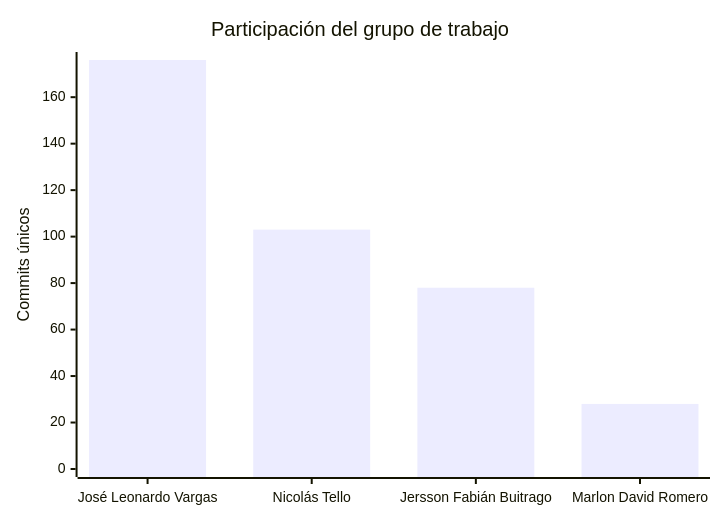
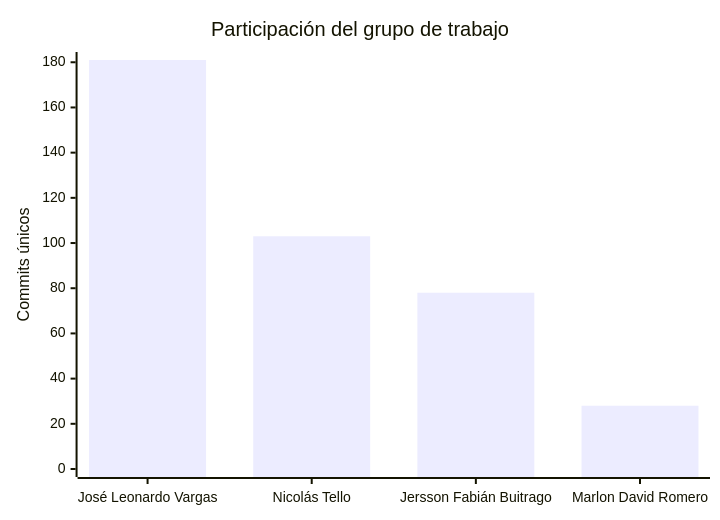
The second of 2 diagrams in README.md (FarmaExpres/FarmaExpres), drawn with Mermaid before and after one commit. The commit also changed other lines of this file and 1 other file, not shown here.

````diff
--- a/README.md
+++ b/README.md
@@ -401,7 +401,7 @@
 ```mermaid
 xychart-beta
     title "Participación del grupo de trabajo"
     x-axis ["José Leonardo Vargas", "Nicolás Tello", "Jersson Fabián Buitrago", "Marlon David Romero"]
-    y-axis "Commits únicos" 0 --> 176
-    bar [176, 103, 78, 28]
+    y-axis "Commits únicos" 0 --> 181
+    bar [181, 103, 78, 28]
 ```
````
